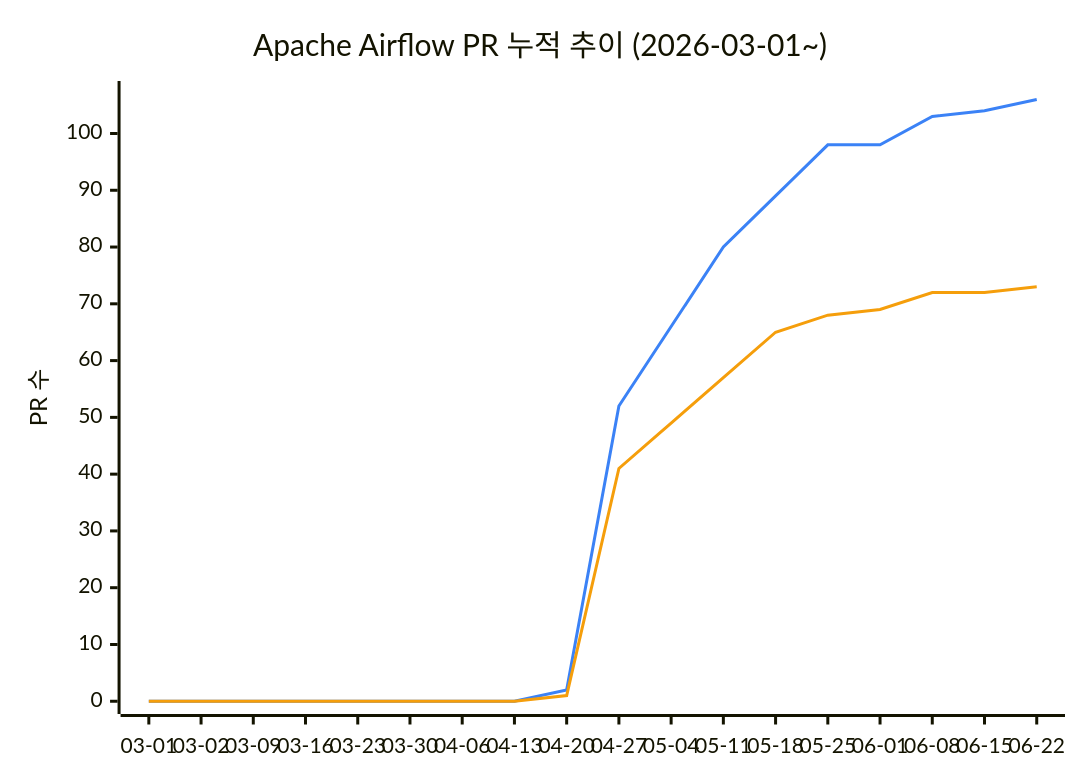
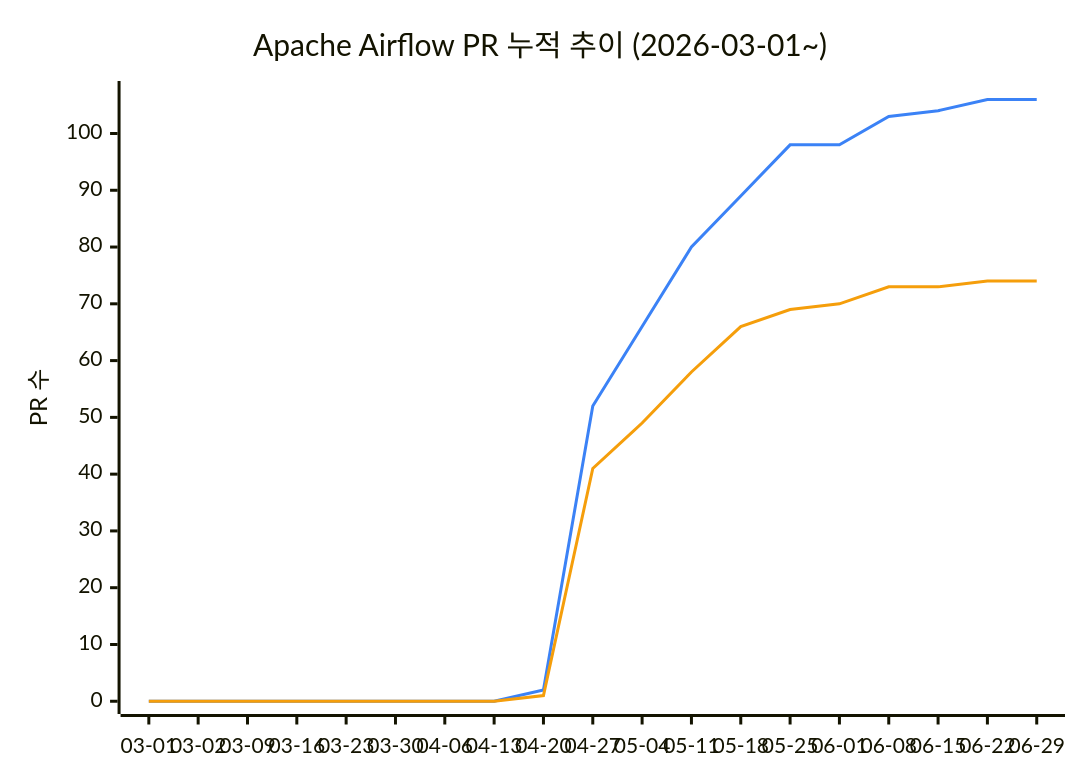
Before and after one commit to AirflowKorea/ossca: the diagram in README.md, drawn with Mermaid. The commit also changed other lines of this file, not shown here.

````diff
--- a/README.md
+++ b/README.md
@@ -11,9 +11,9 @@
 ```mermaid
 %%{init: {"themeVariables": {"xyChart": {"plotColorPalette": "#3b82f6, #f59e0b"}}}}%%
 xychart-beta
     title "Apache Airflow PR 누적 추이 (2026-03-01~)"
-    x-axis ["03-01", "03-02", "03-09", "03-16", "03-23", "03-30", "04-06", "04-13", "04-20", "04-27", "05-04", "05-11", "05-18", "05-25", "06-01", "06-08", "06-15", "06-22"]
+    x-axis ["03-01", "03-02", "03-09", "03-16", "03-23", "03-30", "04-06", "04-13", "04-20", "04-27", "05-04", "05-11", "05-18", "05-25", "06-01", "06-08", "06-15", "06-22", "06-29"]
     y-axis "PR 수" 0 --> 107
-    line [0, 0, 0, 0, 0, 0, 0, 0, 2, 52, 66, 80, 89, 98, 98, 103, 104, 106]
-    line [0, 0, 0, 0, 0, 0, 0, 0, 1, 41, 49, 57, 65, 68, 69, 72, 72, 73]
+    line [0, 0, 0, 0, 0, 0, 0, 0, 2, 52, 66, 80, 89, 98, 98, 103, 104, 106, 106]
+    line [0, 0, 0, 0, 0, 0, 0, 0, 1, 41, 49, 58, 66, 69, 70, 73, 73, 74, 74]
 ```
````
